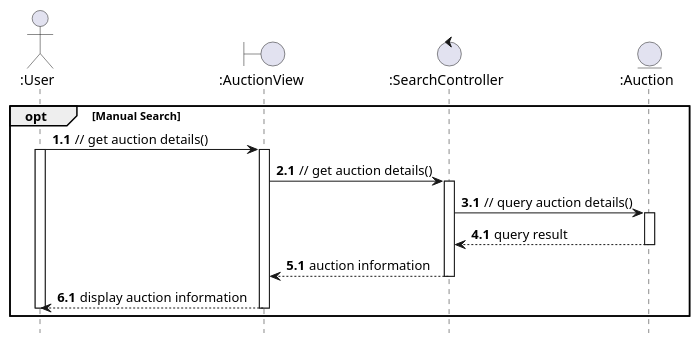
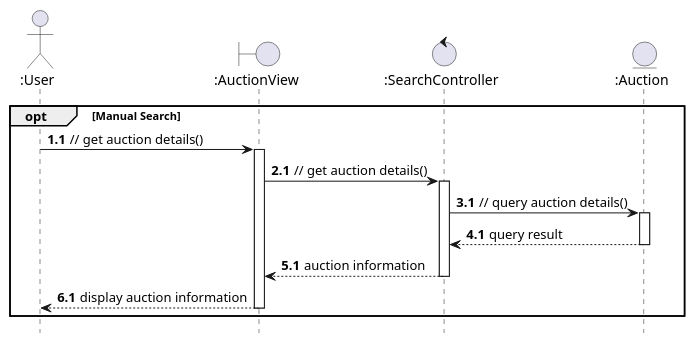
The diagram in uml/analysis/sequence/view_auction_information.pu (anhbanlinhle/velocity-exchange), drawn with PlantUML before and after one commit. The commit also changed 5 other files, not shown here.

```diff
--- a/uml/analysis/sequence/view_auction_information.pu
+++ b/uml/analysis/sequence/view_auction_information.pu
@@ -1,35 +1,33 @@
 @startuml
 hide footbox
 
 actor ":User" as User
 boundary ":AuctionView" as AuctionView
 control ":SearchController" as SearchController
 entity ":Auction" as Auction
 
 autonumber
 
 opt Manual Search
   autonumber 1.1
     User -> AuctionView: // get auction details()
     autonumber inc A
-    activate User
     activate AuctionView
       AuctionView -> SearchController: // get auction details()
       autonumber inc A
       activate SearchController
         SearchController -> Auction: // query auction details()
           autonumber inc A
           activate Auction
             Auction --> SearchController: query result
             autonumber inc A
           deactivate Auction
         SearchController --> AuctionView: auction information
         autonumber inc A
       deactivate SearchController
       AuctionView --> User: display auction information
       autonumber inc A
     deactivate AuctionView
-  deactivate User
 end
 
 @enduml
```
